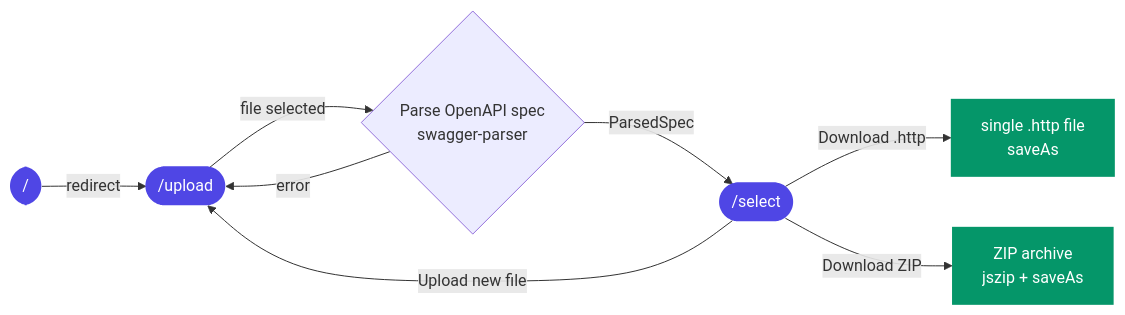
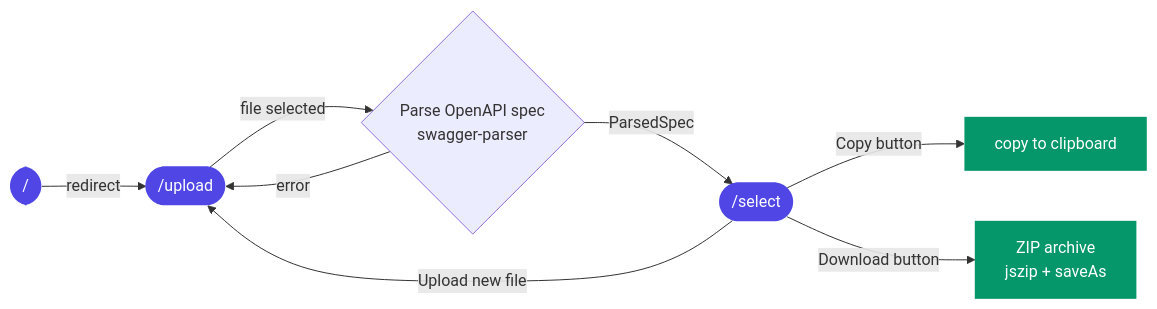
Before and after one commit to Blouppy/http-file-generator: the first of 3 diagrams in docs/architecture.md, drawn with Mermaid. The commit also changed other lines of this file and 1 other file, not shown here.

First line of the commit message:
doc: fix single-file download references — only ZIP download exists

````diff
--- a/docs/architecture.md
+++ b/docs/architecture.md
@@ -80,13 +80,13 @@
 ```mermaid
 flowchart LR
     A(["/"]):::route -->|redirect| B(["/upload"]):::route
     B -->|file selected| C{Parse OpenAPI spec\nswagger-parser}
     C -->|error| B
     C -->|ParsedSpec| D(["/select"]):::route
-    D -->|Download .http| E[single .http file\nsaveAs]:::output
-    D -->|Download ZIP| F[ZIP archive\njszip + saveAs]:::output
+    D -->|Copy button| E[copy to clipboard]:::output
+    D -->|Download button| F[ZIP archive\njszip + saveAs]:::output
     D -->|Upload new file| B
 
     classDef route fill:#4f46e5,color:#fff,stroke:none
     classDef output fill:#059669,color:#fff,stroke:none
 ```
````
